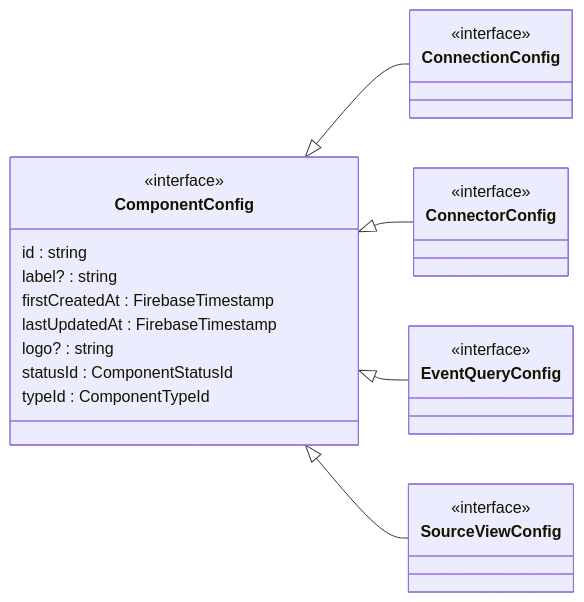
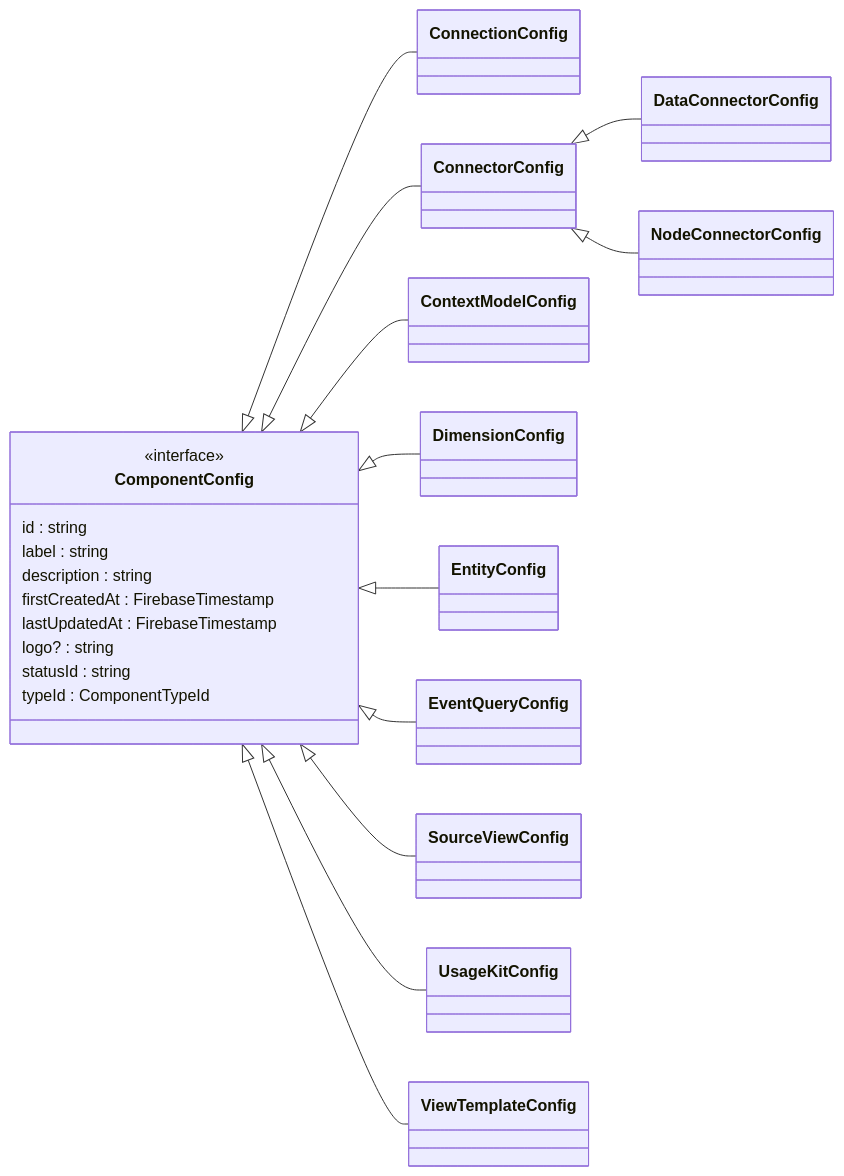
The first of 10 diagrams in README.md (data-positioning/datapos-shared), drawn with Mermaid before and after one commit. The commit also changed other lines of this file and 7 other files, not shown here.

````diff
--- a/README.md
+++ b/README.md
@@ -9,36 +9,28 @@
 ```mermaid
 classDiagram
     direction LR
 
     class ComponentConfig {
         <<interface>>
-        id :  string
-        label? :  string
-        firstCreatedAt :  FirebaseTimestamp
-        lastUpdatedAt :  FirebaseTimestamp
-        logo? :  string
-        statusId :  ComponentStatusId
-        typeId :  ComponentTypeId
-    }
-
-    class ConnectionConfig {
-        <<interface>>
-    }
-
-    class ConnectorConfig {
-        <<interface>>
-    }
-
-    class EventQueryConfig {
-        <<interface>>
-    }
-
-    class SourceViewConfig {
-        <<interface>>
+        id : string
+        label : string
+        description : string
+        firstCreatedAt : FirebaseTimestamp
+        lastUpdatedAt : FirebaseTimestamp
+        logo? : string
+        statusId : string
+        typeId : ComponentTypeId
     }
 
     ComponentConfig <|-- ConnectionConfig
     ComponentConfig <|-- ConnectorConfig
+    ConnectorConfig <|-- DataConnectorConfig
+    ConnectorConfig <|-- NodeConnectorConfig
+    ComponentConfig <|-- ContextModelConfig
+    ComponentConfig <|-- DimensionConfig
+    ComponentConfig <|-- EntityConfig
     ComponentConfig <|-- EventQueryConfig
     ComponentConfig <|-- SourceViewConfig
+    ComponentConfig <|-- UsageKitConfig
+    ComponentConfig <|-- ViewTemplateConfig
 ```
````
